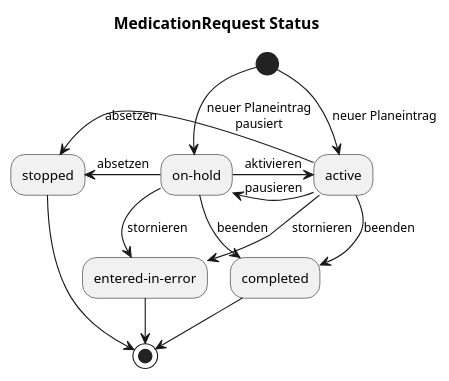
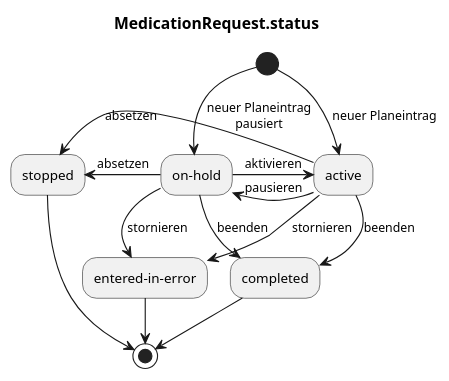
Before and after one commit to HL7Austria/ELGA-e-Medikation-R4: the diagram in input/images-source/stateDiagram_mr_status_planeintrag.plantuml, drawn with PlantUML. The commit also changed 4 other files, not shown here.

```diff
--- a/input/images-source/stateDiagram_mr_status_planeintrag.plantuml
+++ b/input/images-source/stateDiagram_mr_status_planeintrag.plantuml
@@ -1,17 +1,17 @@
 @startuml
-title MedicationRequest Status
+title MedicationRequest.status
 
 (*) -d-> [neuer Planeintrag] active
 (*) -d-> [neuer Planeintrag\npausiert] "on-hold"
 "on-hold" -r-> [aktivieren] active 
 "on-hold" -d-> [stornieren] "entered-in-error"
 "on-hold" -l-> [absetzen] stopped
 "on-hold" -d-> [beenden] completed
 active -l-> [absetzen] stopped
 active -r-> [beenden] completed  
 active -l-> [pausieren] "on-hold"
 active -d-> [stornieren] "entered-in-error"
 stopped -d-> (*)
 "entered-in-error" -d-> (*)
 completed -d-> (*)
 @enduml
```
